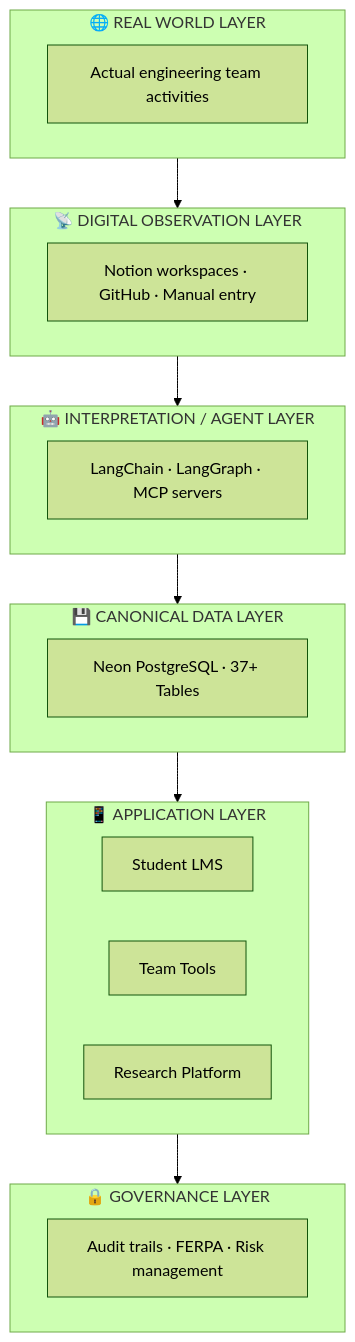
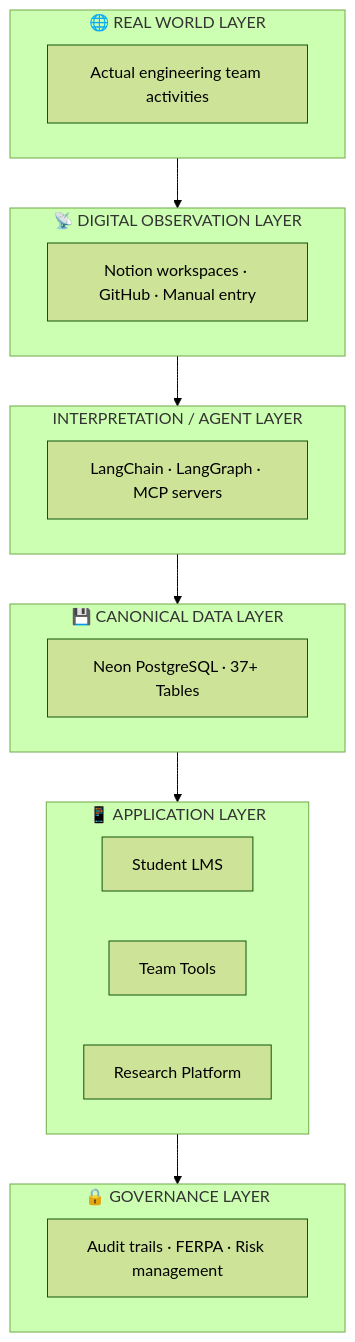
Before and after one commit to Lizo-RoadTown/Portfolio: the first of 6 diagrams in architecture.md, drawn with Mermaid (forest theme). The commit also changed 1 other file, not shown here.

Commit message:
Remove emojis from site pages

````diff
--- a/architecture.md
+++ b/architecture.md
@@ -16,31 +16,31 @@
 ```mermaid
 flowchart TB
     subgraph RW["🌐 REAL WORLD LAYER"]
         A[Actual engineering team activities]
     end
     
     subgraph DO["📡 DIGITAL OBSERVATION LAYER"]
         B[Notion workspaces · GitHub · Manual entry]
     end
     
-    subgraph INT["🤖 INTERPRETATION / AGENT LAYER"]
+    subgraph INT["INTERPRETATION / AGENT LAYER"]
         C[LangChain · LangGraph · MCP servers]
     end
     
     subgraph CAN["💾 CANONICAL DATA LAYER"]
         D[Neon PostgreSQL · 37+ Tables]
     end
     
     subgraph APP["📱 APPLICATION LAYER"]
         E[Student LMS]
         F[Team Tools]
         G[Research Platform]
     end
     
     subgraph GOV["🔒 GOVERNANCE LAYER"]
         H[Audit trails · FERPA · Risk management]
     end
     
     RW --> DO --> INT --> CAN --> APP
     APP --> GOV
 ```
````
